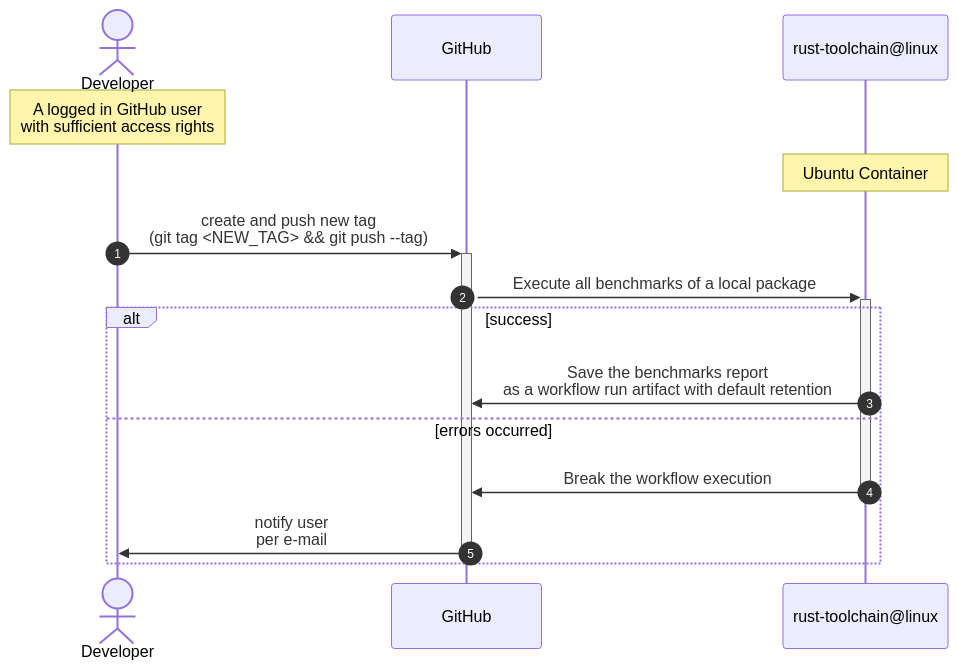
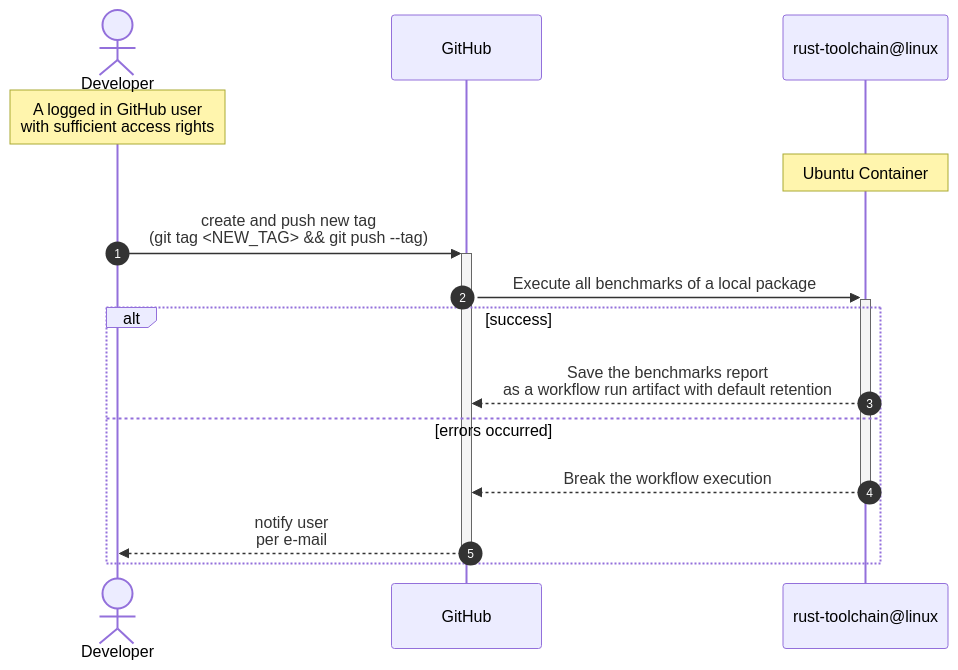
The fourth of 4 diagrams in README.md (swiyu-admin-ch/github-actions-workflows), drawn with Mermaid before and after one commit. The commit also changed other lines of this file, not shown here.

````diff
--- a/README.md
+++ b/README.md
@@ -110,21 +110,21 @@
 ```mermaid
 sequenceDiagram
     autonumber
 
     actor dev as Developer
-    participant gh as GitHub
-    participant rust   as rust-toolchain@linux
+    participant gh   as GitHub
+    participant rust as rust-toolchain@linux
 
     Note over dev: A logged in GitHub user<br> with sufficient access rights
     Note over rust,rust: Ubuntu Container
 
     dev    ->>+ gh: create and push new tag<br>(git tag <NEW_TAG> && git push --tag)
     gh     ->>+ rust: Execute all benchmarks of a local package
 
     alt success
-        rust ->> gh: Save the benchmarks report<br> as a workflow run artifact with default retention
+        rust -->>  gh: Save the benchmarks report<br> as a workflow run artifact with default retention
     else errors occurred
-        rust ->>- gh: Break the workflow execution
-        gh   ->>- dev: notify user<br>per e-mail
+        rust -->>- gh: Break the workflow execution
+        gh   -->>- dev: notify user<br>per e-mail
     end
 ```
````
